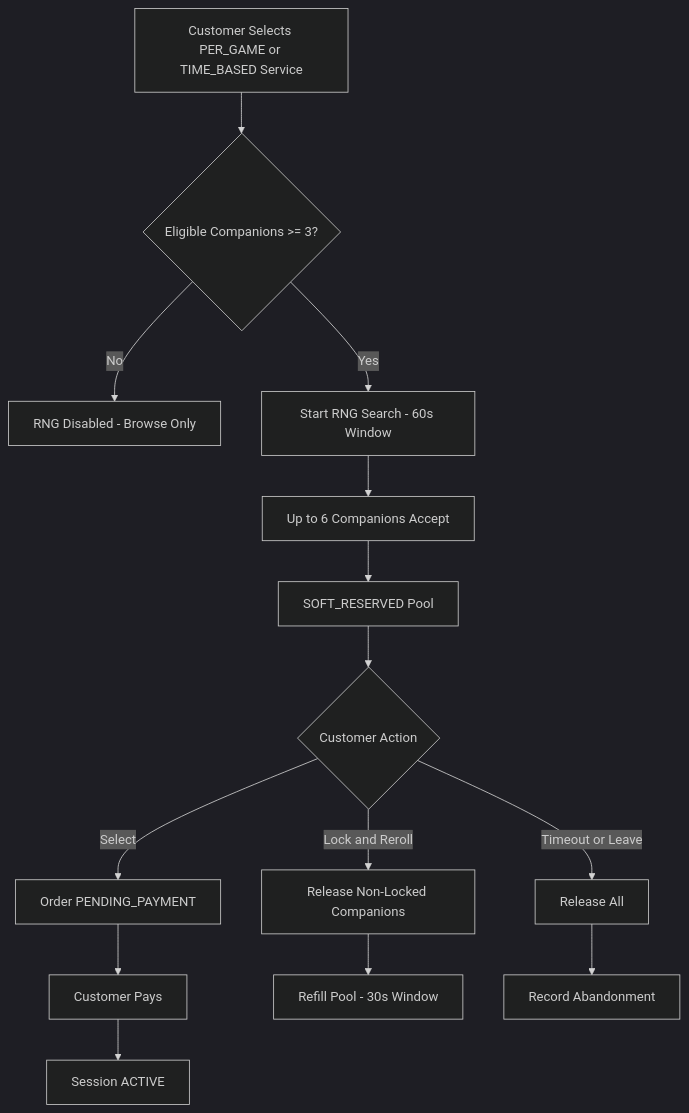
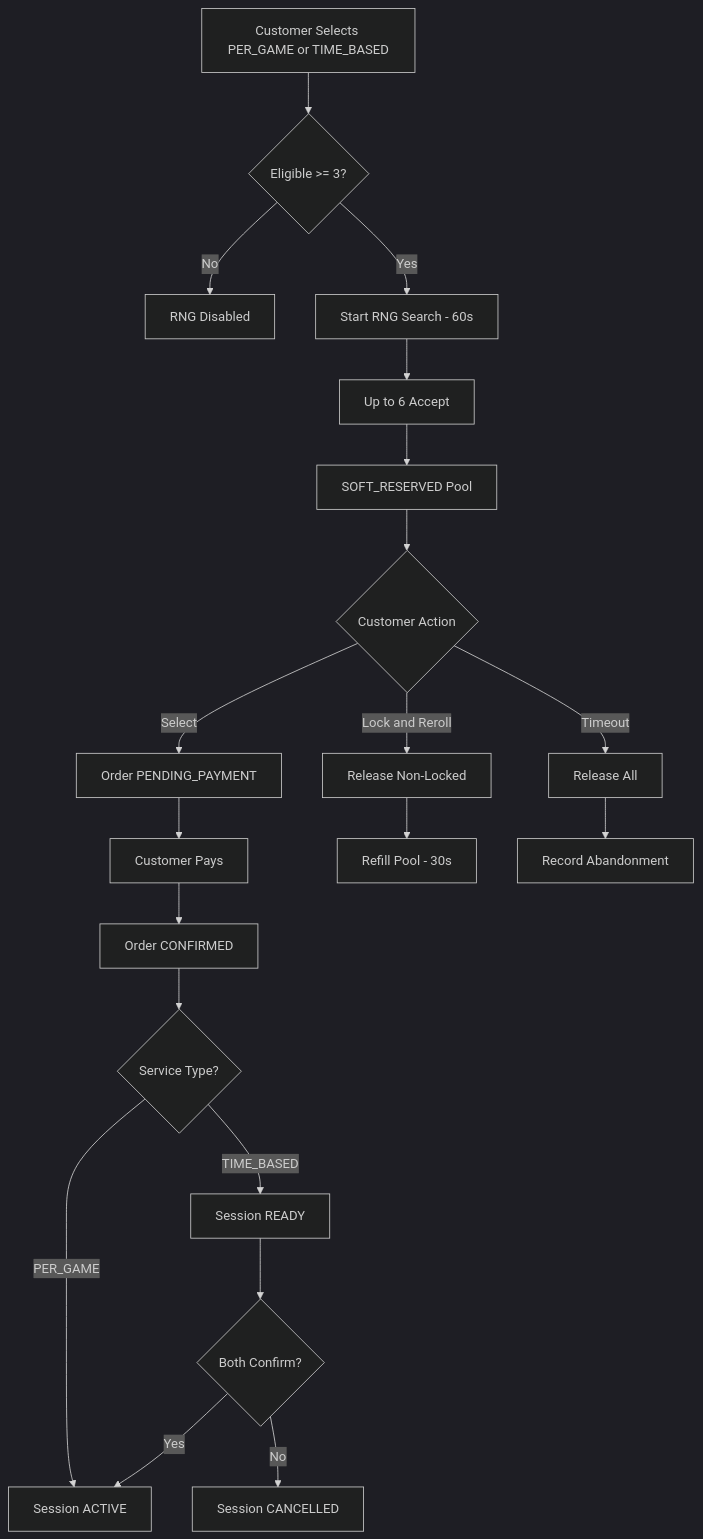
Before and after one commit to mehdi-ben-abdessalem/X-platform-docs: the diagram in companion-section-docs/06-companion-rng-booking-workflow.md.md, drawn with Mermaid (dark theme). The commit also changed other lines of this file and 9 other files, not shown here.

````diff
--- a/companion-section-docs/06-companion-rng-booking-workflow.md.md
+++ b/companion-section-docs/06-companion-rng-booking-workflow.md.md
@@ -132,23 +144,32 @@
 ```mermaid
 flowchart TD
 
-A["Customer Selects PER_GAME or TIME_BASED Service"] --> B{"Eligible Companions >= 3?"}
+A["Customer Selects PER_GAME or TIME_BASED"] --> B{"Eligible >= 3?"}
 
-B -->|No| C["RNG Disabled - Browse Only"]
-B -->|Yes| D["Start RNG Search - 60s Window"]
+B -->|No| C["RNG Disabled"]
+B -->|Yes| D["Start RNG Search - 60s"]
 
-D --> E["Up to 6 Companions Accept"]
+D --> E["Up to 6 Accept"]
 E --> F["SOFT_RESERVED Pool"]
 
 F --> G{"Customer Action"}
 
 G -->|Select| H["Order PENDING_PAYMENT"]
 H --> I["Customer Pays"]
-I --> J["Session ACTIVE"]
+I --> J["Order CONFIRMED"]
 
-G -->|Lock and Reroll| K["Release Non-Locked Companions"]
-K --> L["Refill Pool - 30s Window"]
+J --> K{"Service Type?"}
 
-G -->|Timeout or Leave| M["Release All"]
-M --> N["Record Abandonment"]
+K -->|PER_GAME| L["Session ACTIVE"]
+
+K -->|TIME_BASED| M["Session READY"]
+M --> N{"Both Confirm?"}
+N -->|Yes| L
+N -->|No| O["Session CANCELLED"]
+
+G -->|Lock and Reroll| P["Release Non-Locked"]
+P --> Q["Refill Pool - 30s"]
+
+G -->|Timeout| R["Release All"]
+R --> S["Record Abandonment"]
 ```
````
